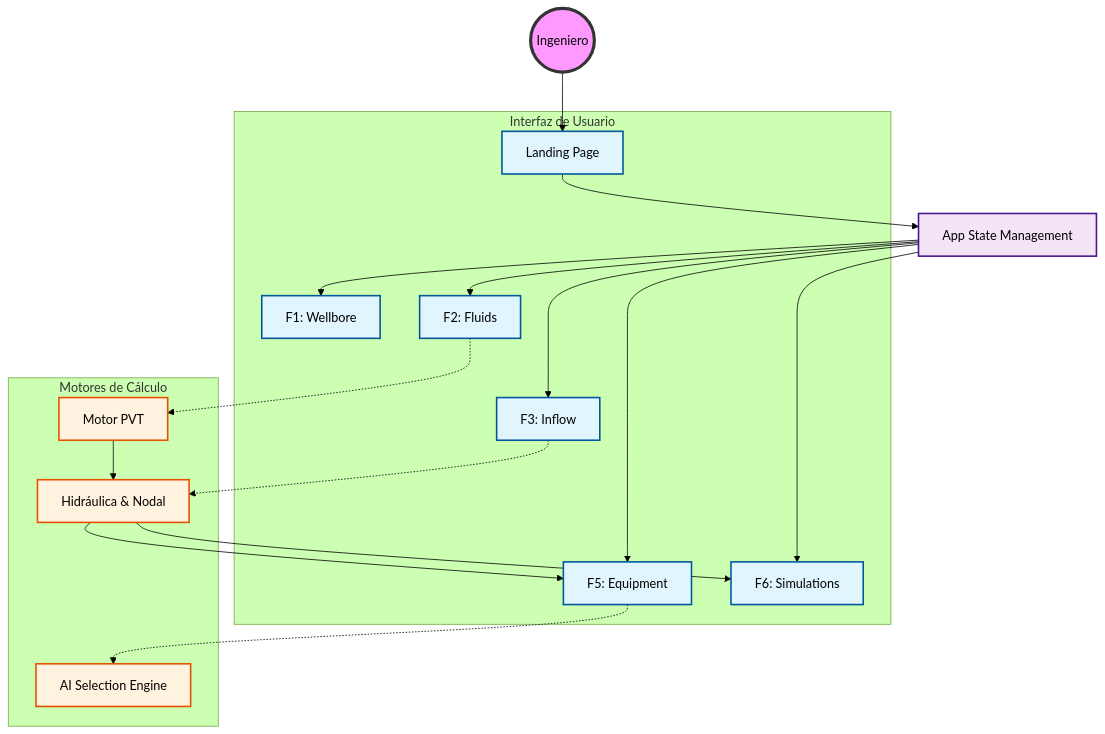
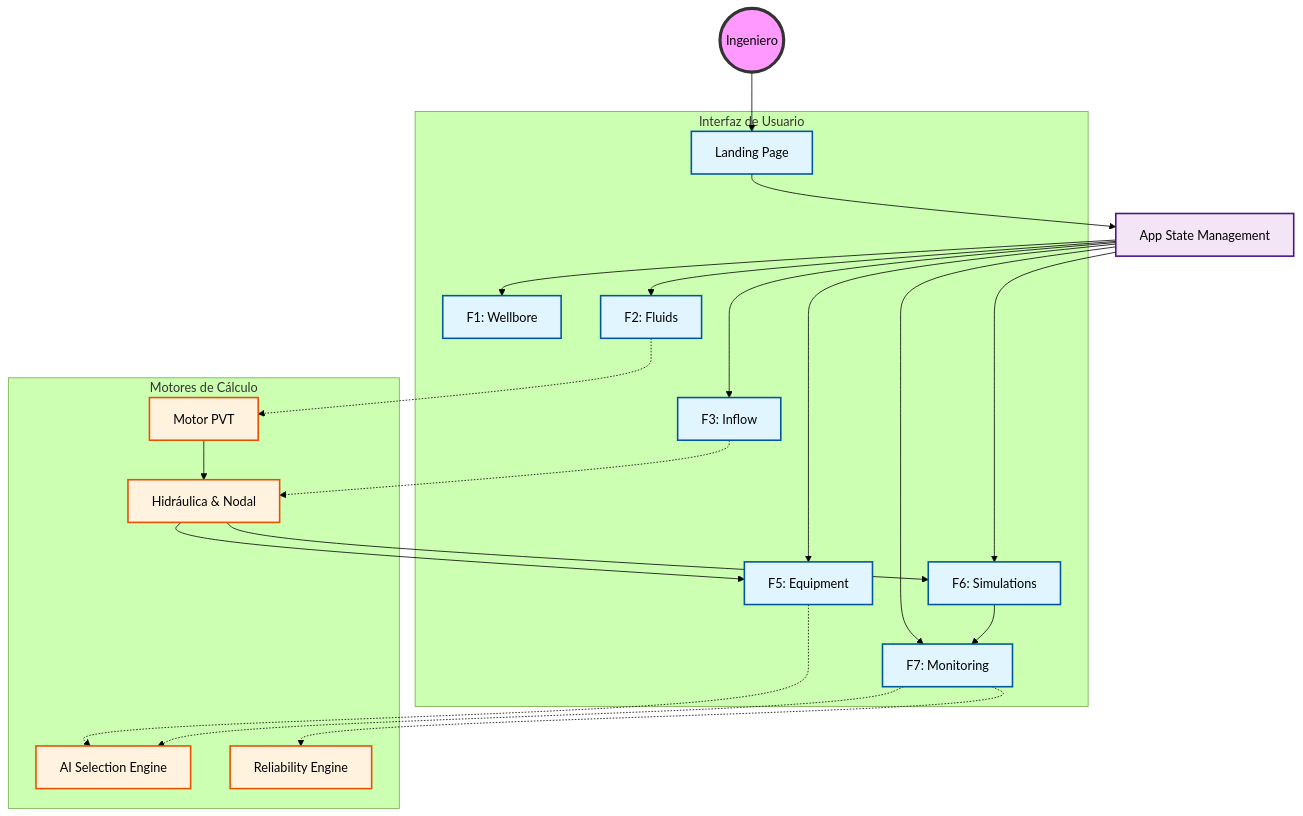
Before and after one commit to andresjimenito-cell/ESP-DESING-STUDIO: the diagram in README.md, drawn with Mermaid (forest theme). The commit also changed other lines of this file and 23 other files, not shown here.

````diff
--- a/README.md
+++ b/README.md
@@ -47,39 +47,44 @@
 ```mermaid
 graph TD
     %% Estilos
     classDef user fill:#f9f,stroke:#333,stroke-width:4px;
     classDef ui fill:#e1f5fe,stroke:#01579b,stroke-width:2px;
     classDef engine fill:#fff3e0,stroke:#e65100,stroke-width:2px;
     classDef state fill:#f3e5f5,stroke:#4a148c,stroke-width:2px;
 
     User((Ingeniero)):::user
     
     subgraph UI [Interfaz de Usuario]
         L[Landing Page]:::ui
         P1[F1: Wellbore]:::ui
         P2[F2: Fluids]:::ui
         P3[F3: Inflow]:::ui
         P5[F5: Equipment]:::ui
         P6[F6: Simulations]:::ui
+        P7[F7: Monitoring]:::ui
     end
 
     subgraph Core [Motores de Cálculo]
         PVT[Motor PVT]:::engine
         Hyd[Hidráulica & Nodal]:::engine
         AI[AI Selection Engine]:::engine
+        Reliability[Reliability Engine]:::engine
     end
 
     App[App State Management]:::state
     
     User --> L
     L --> App
-    App --> P1 & P2 & P3 & P5 & P6
+    App --> P1 & P2 & P3 & P5 & P6 & P7
     
     P2 -.-> PVT
     P3 -.-> Hyd
     P5 -.-> AI
+    P7 -.-> Reliability
+    P7 -.-> AI
     
     PVT --> Hyd
     Hyd --> P5
     Hyd --> P6
+    P6 --> P7
 ```
````
